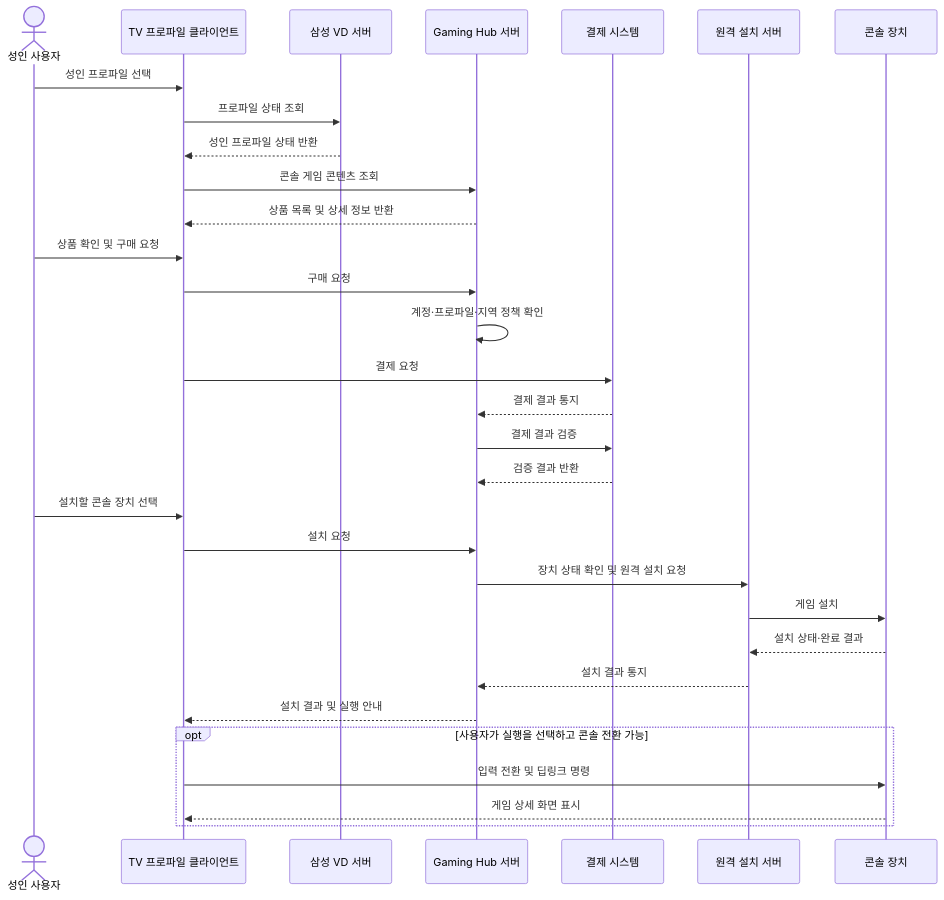
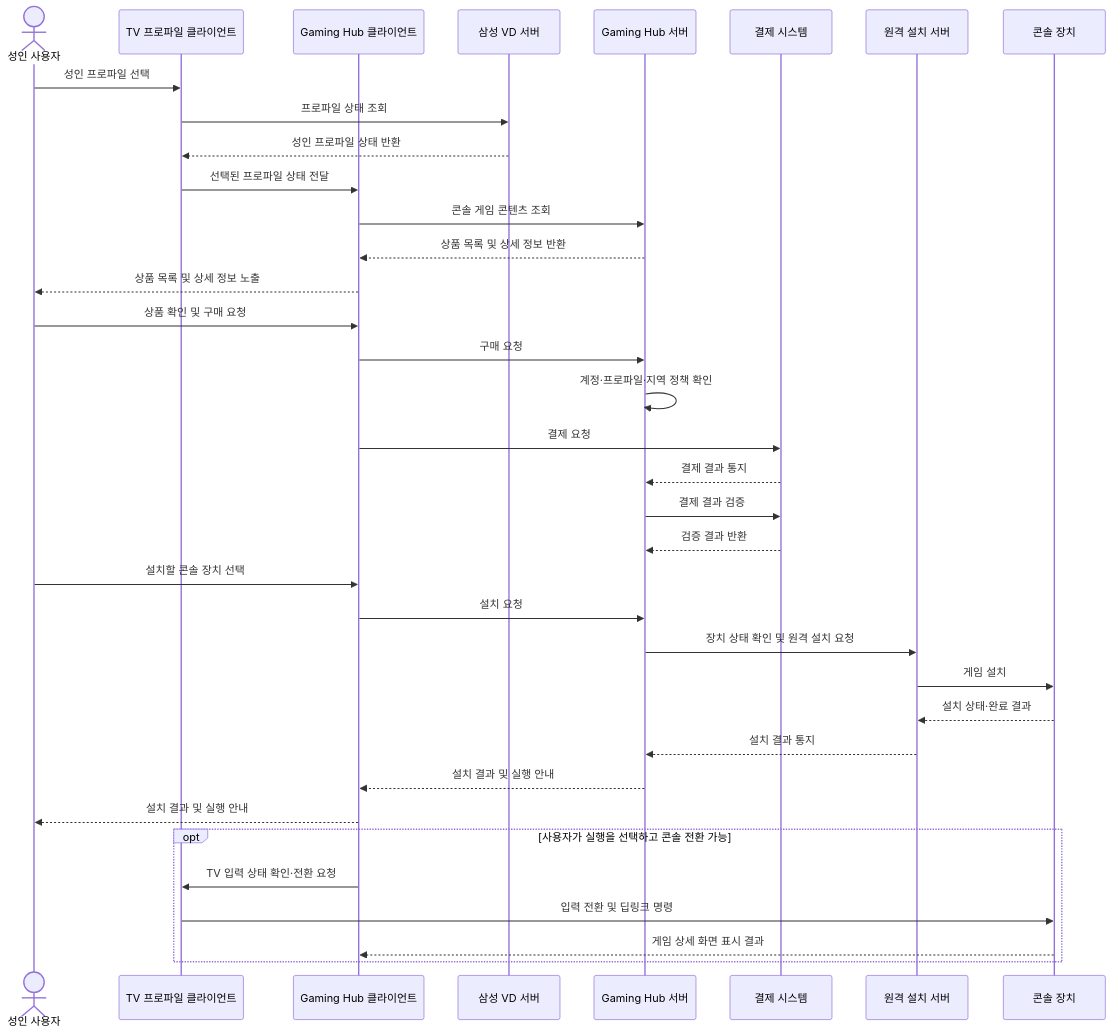
Before and after one commit to seock04/gaming-hub-console-content: the second of 5 diagrams in docs/decision-point-2-architecture.md, drawn with Mermaid. The commit also changed other lines of this file, not shown here.

Commit message:
Separate profile and gaming hub clients

````diff
--- a/docs/decision-point-2-architecture.md
+++ b/docs/decision-point-2-architecture.md
@@ -117,34 +123,39 @@
 ```mermaid
 sequenceDiagram
     actor User as 성인 사용자
-    participant TV as TV 프로파일 클라이언트
+    participant Profile as TV 프로파일 클라이언트
+    participant HubClient as Gaming Hub 클라이언트
     participant VD as 삼성 VD 서버
     participant Hub as Gaming Hub 서버
     participant Pay as 결제 시스템
     participant Install as 원격 설치 서버
     participant Console as 콘솔 장치
 
-    User->>TV: 성인 프로파일 선택
-    TV->>VD: 프로파일 상태 조회
-    VD-->>TV: 성인 프로파일 상태 반환
-    TV->>Hub: 콘솔 게임 콘텐츠 조회
-    Hub-->>TV: 상품 목록 및 상세 정보 반환
-    User->>TV: 상품 확인 및 구매 요청
-    TV->>Hub: 구매 요청
+    User->>Profile: 성인 프로파일 선택
+    Profile->>VD: 프로파일 상태 조회
+    VD-->>Profile: 성인 프로파일 상태 반환
+    Profile->>HubClient: 선택된 프로파일 상태 전달
+    HubClient->>Hub: 콘솔 게임 콘텐츠 조회
+    Hub-->>HubClient: 상품 목록 및 상세 정보 반환
+    HubClient-->>User: 상품 목록 및 상세 정보 노출
+    User->>HubClient: 상품 확인 및 구매 요청
+    HubClient->>Hub: 구매 요청
     Hub->>Hub: 계정·프로파일·지역 정책 확인
-    TV->>Pay: 결제 요청
+    HubClient->>Pay: 결제 요청
     Pay-->>Hub: 결제 결과 통지
     Hub->>Pay: 결제 결과 검증
     Pay-->>Hub: 검증 결과 반환
-    User->>TV: 설치할 콘솔 장치 선택
-    TV->>Hub: 설치 요청
+    User->>HubClient: 설치할 콘솔 장치 선택
+    HubClient->>Hub: 설치 요청
     Hub->>Install: 장치 상태 확인 및 원격 설치 요청
     Install->>Console: 게임 설치
     Console-->>Install: 설치 상태·완료 결과
     Install-->>Hub: 설치 결과 통지
-    Hub-->>TV: 설치 결과 및 실행 안내
+    Hub-->>HubClient: 설치 결과 및 실행 안내
+    HubClient-->>User: 설치 결과 및 실행 안내
     opt 사용자가 실행을 선택하고 콘솔 전환 가능
-        TV->>Console: 입력 전환 및 딥링크 명령
-        Console-->>TV: 게임 상세 화면 표시
+        HubClient->>Profile: TV 입력 상태 확인·전환 요청
+        Profile->>Console: 입력 전환 및 딥링크 명령
+        Console-->>HubClient: 게임 상세 화면 표시 결과
     end
 ```
````
